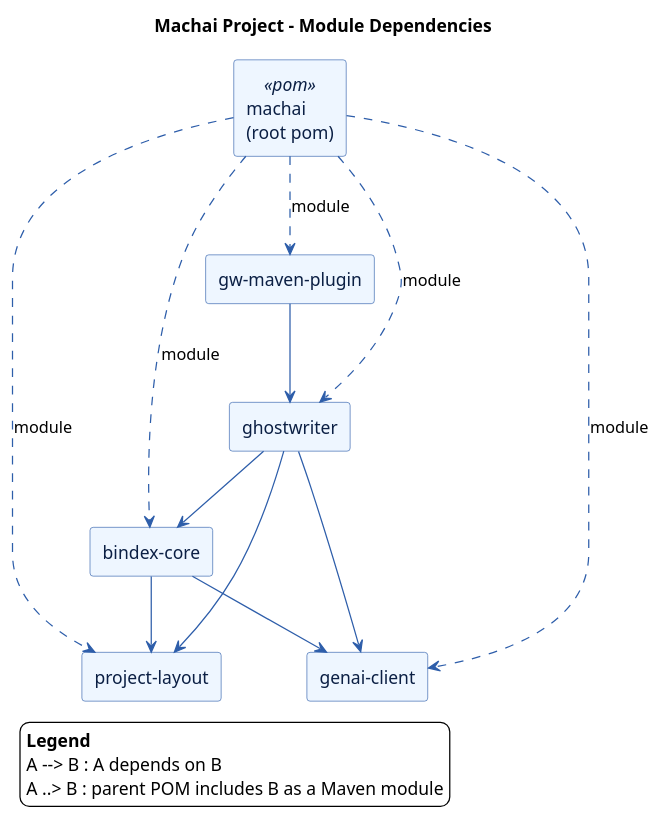
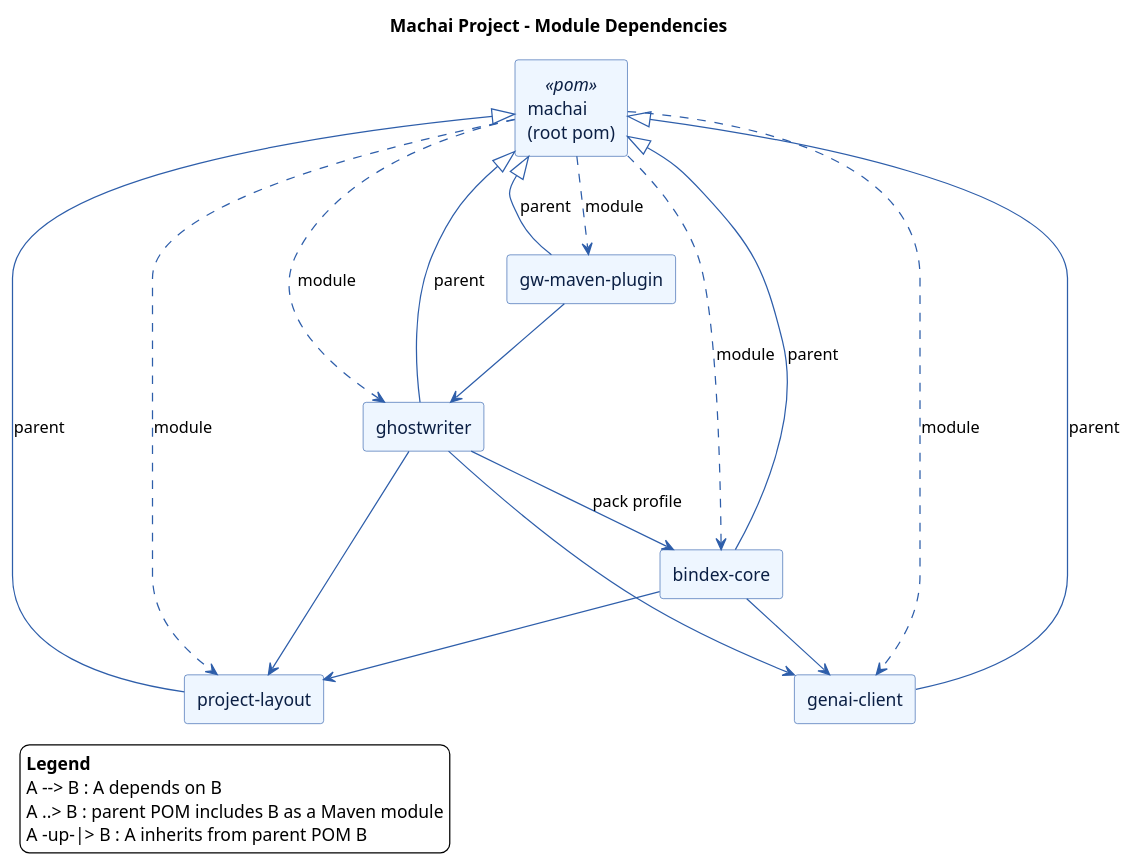
Before and after one commit to machanism-org/machai: the diagram in src/site/puml/project-structure.puml, drawn with PlantUML. The commit also changed 2 other files, not shown here.

Commit message:
updated pom.xml, docs and project structure.

```diff
--- a/src/site/puml/project-structure.puml
+++ b/src/site/puml/project-structure.puml
@@ -2,52 +2,58 @@
 @startuml
 
 title Machai Project - Module Dependencies
 
 skinparam backgroundColor transparent
 skinparam shadowing false
 skinparam componentStyle rectangle
 skinparam packageStyle rectangle
 skinparam defaultTextAlignment left
 
 skinparam component {
   BackgroundColor #EEF6FF
   BorderColor #2E5EAA
   FontColor #0B1F44
 }
 
 skinparam arrow {
   Color #2E5EAA
   Thickness 1
 }
 
 legend left
   <b>Legend</b>
   A --> B : A depends on B
   A ..> B : parent POM includes B as a Maven module
+  A -up-|> B : A inherits from parent POM B
 endlegend
 
 component "machai\n(root pom)" as machai_root <<pom>>
 component "project-layout" as project_layout
 component "genai-client" as genai_client
 component "bindex-core" as bindex_core
 component "ghostwriter" as ghostwriter
 component "gw-maven-plugin" as gw_maven_plugin
 
 machai_root ..> project_layout : module
 machai_root ..> genai_client : module
 machai_root ..> bindex_core : module
 machai_root ..> ghostwriter : module
 machai_root ..> gw_maven_plugin : module
 
-' Dependencies between modules (from module pom.xml)
+project_layout -up-|> machai_root : parent
 
+genai_client -up-|> machai_root : parent
+
+bindex_core -up-|> machai_root : parent
 bindex_core --> project_layout
 bindex_core --> genai_client
 
+ghostwriter -up-|> machai_root : parent
 ghostwriter --> project_layout
 ghostwriter --> genai_client
-ghostwriter --> bindex_core
+ghostwriter --> bindex_core : pack profile
 
+gw_maven_plugin -up-|> machai_root : parent
 gw_maven_plugin --> ghostwriter
 
 @enduml
```
